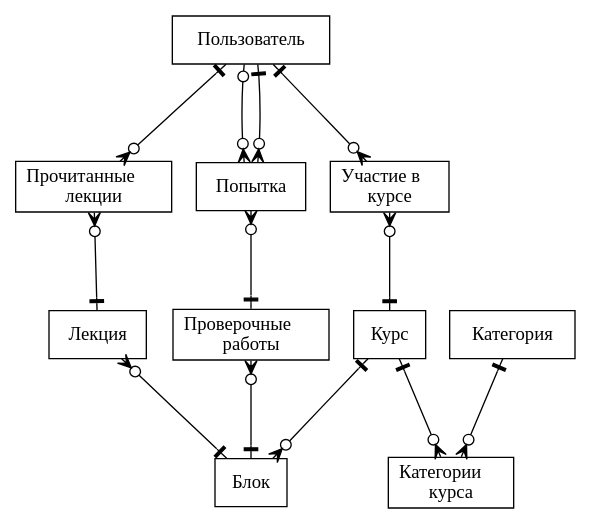
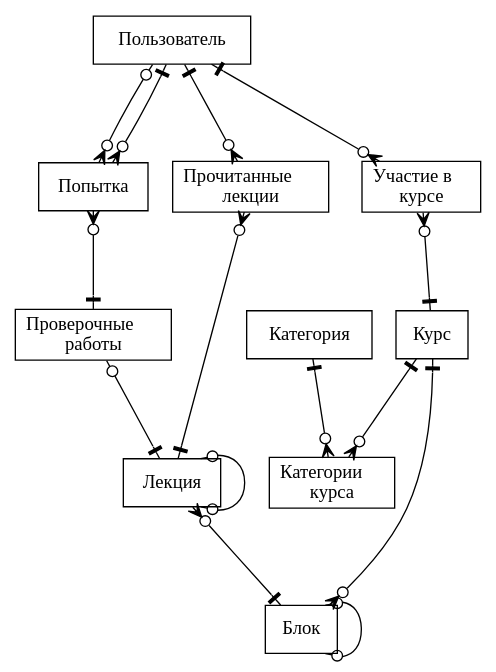
The diagram in Text/schemas/RDB_normalized.dot (AsciiShell/DB_project), drawn with Graphviz before and after one commit.

Commit message:
Add rdb normalized

```diff
--- a/Text/schemas/RDB_normalized.dot
+++ b/Text/schemas/RDB_normalized.dot
@@ -1,31 +1,34 @@
 digraph ERD {
   ranksep=1;
 
   User [ label="{<F> Пользователь}" shape = "record" ];
   Course [ label="{<F> Курс}" shape = "record" ];
   CourseCategory [ label="{<F> Категории\l курса}" shape = "record" ];
   Category [ label="{<F> Категория}" shape = "record" ];
   
   Block [ label="{<F> Блок}" shape = "record" ];
   Task [ label="{<F> Проверочные\l работы}" shape = "record" ];
   Solution [ label="{<F> Попытка}" shape = "record" ];
   Lecture [ label="{<F> Лекция}" shape = "record" ];
   CourseEnroll [ label="{<F> Участие&nbsp;в\l курсе}" shape = "record" ];
   LectureReaded [ label="{<F> Прочитанные \l лекции}" shape = "record" ];
  
   User->CourseEnroll [arrowhead = crowodot, arrowtail = noneotee, dir=both];
   User->LectureReaded[arrowhead = crowodot, arrowtail = noneotee, dir=both];
   User->Solution[arrowhead = crowodot, arrowtail = noneodot, dir=both];
   User->Solution[arrowhead = crowodot, arrowtail = noneotee, dir=both];
   
   Solution->Task[arrowhead = noneotee, arrowtail = crowodot, dir=both];
   CourseEnroll->Course [arrowhead = noneotee, arrowtail = crowodot, dir=both];
   LectureReaded->Lecture[arrowhead = noneotee, arrowtail = crowodot, dir=both];
   
-  Task->Block[arrowhead = noneotee, arrowtail = crowodot, dir=both];
+  Task->Lecture[arrowhead = noneotee, arrowtail = noneodot, dir=both];
   Course->Block[arrowhead = crowodot, arrowtail = noneotee, dir=both];
   Lecture->Block[arrowhead = noneotee, arrowtail = crowodot, dir=both];
   
   Course->CourseCategory[arrowhead = crowodot, arrowtail = noneotee, dir=both];
   Category->CourseCategory[arrowhead = crowodot, arrowtail = noneotee, dir=both];
+  
+  Block->Block [arrowhead = noneodot, arrowtail = noneodot, dir=both];
+  Lecture->Lecture [arrowhead = noneodot, arrowtail = noneodot, dir=both];
 }
```
